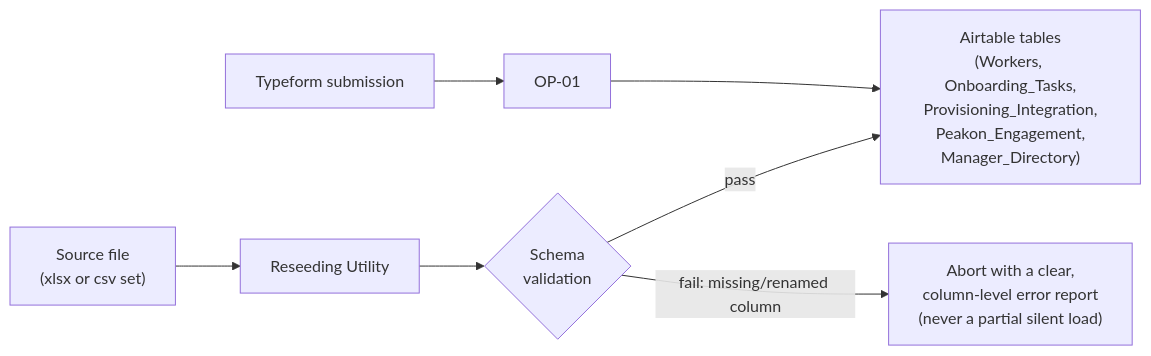
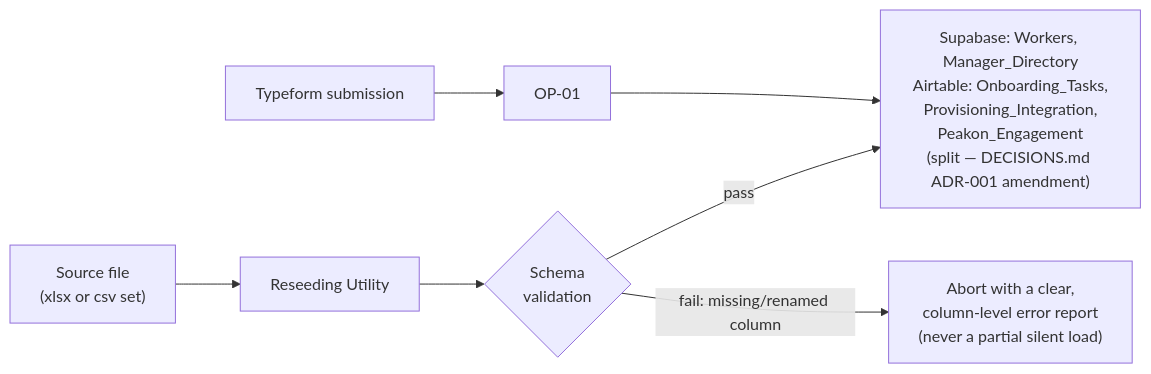
One commit to veinsan/supervity-ai-employee changed the first of 2 diagrams in docs/DATA_FLOW.md. Above: the diagram before and after it, drawn with Mermaid. The commit also changed other lines of this file and 12 other files, not shown here.

Commit message:
docs: update airtable to supabase

````diff
--- a/docs/DATA_FLOW.md
+++ b/docs/DATA_FLOW.md
@@ -28,9 +28,9 @@
 ```mermaid
 flowchart LR
     A["Source file<br/>(xlsx or csv set)"] --> B["Reseeding Utility"]
     B --> C{"Schema<br/>validation"}
-    C -->|pass| D["Airtable tables<br/>(Workers, Onboarding_Tasks,<br/>Provisioning_Integration,<br/>Peakon_Engagement,<br/>Manager_Directory)"]
+    C -->|pass| D["Supabase: Workers, Manager_Directory<br/>Airtable: Onboarding_Tasks,<br/>Provisioning_Integration,<br/>Peakon_Engagement<br/>(split — DECISIONS.md ADR-001 amendment)"]
     C -->|fail: missing/renamed column| E["Abort with a clear,<br/>column-level error report<br/>(never a partial silent load)"]
     F["Typeform submission"] --> G["OP-01"]
     G --> D
 ```
````
